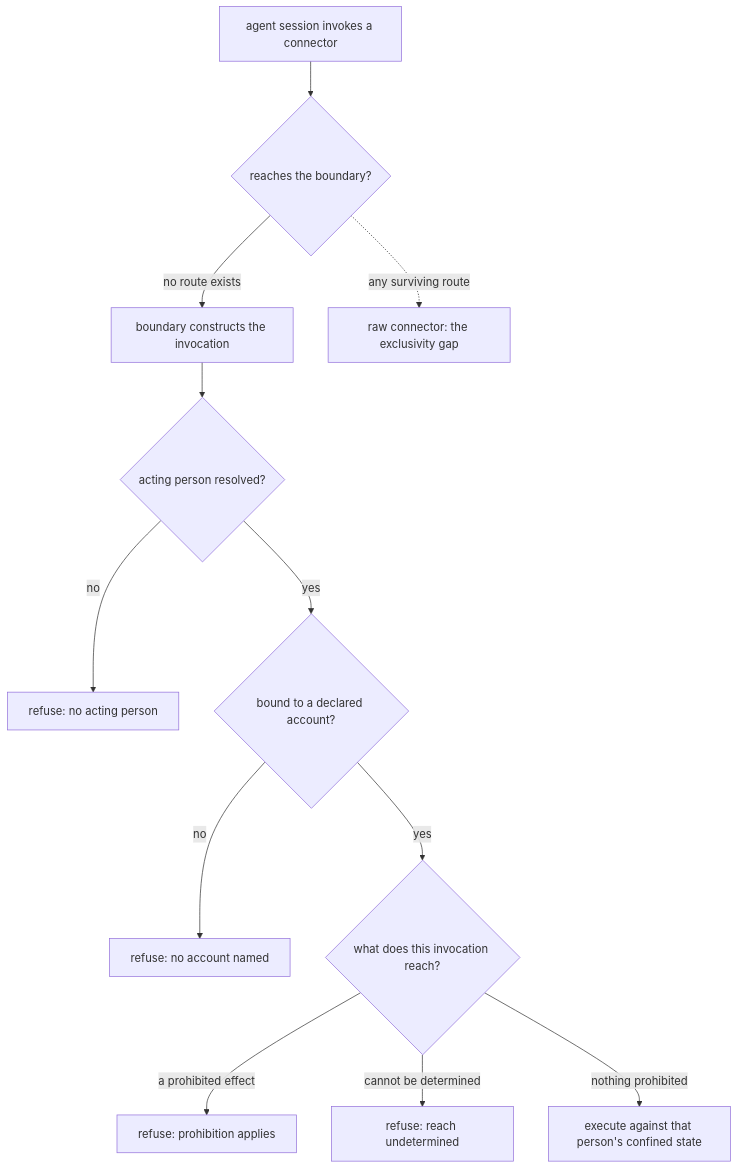
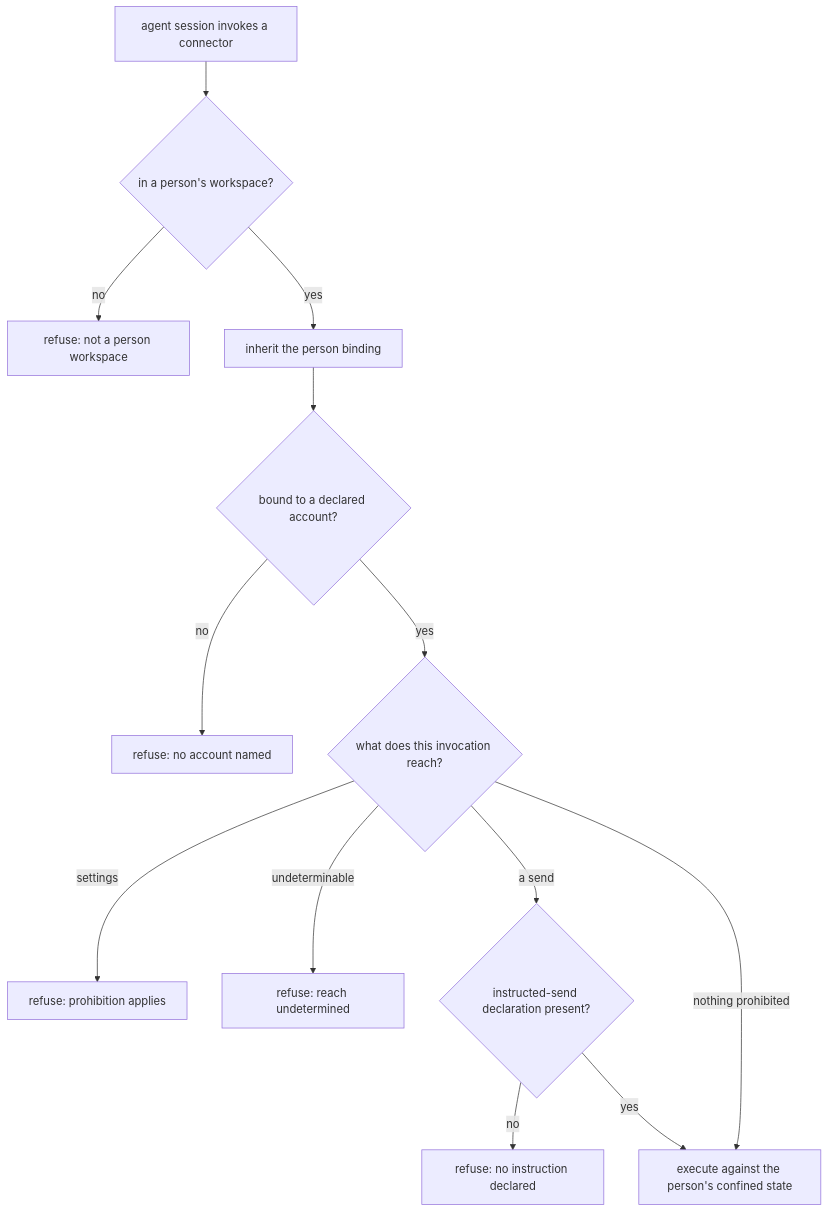
One commit to InstruktAI/TeleClaude changed the diagram in docs/project/design/architecture/assistant-connector-boundary.md. Above: the diagram before and after it, drawn with Mermaid. The commit also changed other lines of this file, not shown here.

First line of the commit message:
docs(architecture): inherit the person binding, place each responsibility in its layer, and ground confinement and its migration in surveyed prior art

````diff
--- a/docs/project/design/architecture/assistant-connector-boundary.md
+++ b/docs/project/design/architecture/assistant-connector-boundary.md
@@ -72,14 +152,15 @@
 ```mermaid
 flowchart TD
-    A[agent session invokes a connector] --> B{reaches the boundary?}
-    B -- no route exists --> C[boundary constructs the invocation]
-    B -. any surviving route .-> X[raw connector: the exclusivity gap]
-    C --> D{acting person resolved?}
-    D -- no --> R1[refuse: no acting person]
-    D -- yes --> E{bound to a declared account?}
-    E -- no --> R2[refuse: no account named]
-    E -- yes --> F{what does this invocation reach?}
-    F -- a prohibited effect --> R3[refuse: prohibition applies]
-    F -- cannot be determined --> R4[refuse: reach undetermined]
-    F -- nothing prohibited --> G[execute against that person's confined state]
+    A[agent session invokes a connector] --> B{in a person's workspace?}
+    B -- no --> R0[refuse: not a person workspace]
+    B -- yes --> C[inherit the person binding]
+    C --> D{bound to a declared account?}
+    D -- no --> R1[refuse: no account named]
+    D -- yes --> E{what does this invocation reach?}
+    E -- settings --> R2[refuse: prohibition applies]
+    E -- undeterminable --> R3[refuse: reach undetermined]
+    E -- a send --> F{instructed-send declaration present?}
+    F -- no --> R4[refuse: no instruction declared]
+    F -- yes --> G
+    E -- nothing prohibited --> G[execute against the person's confined state]
 ```
````
